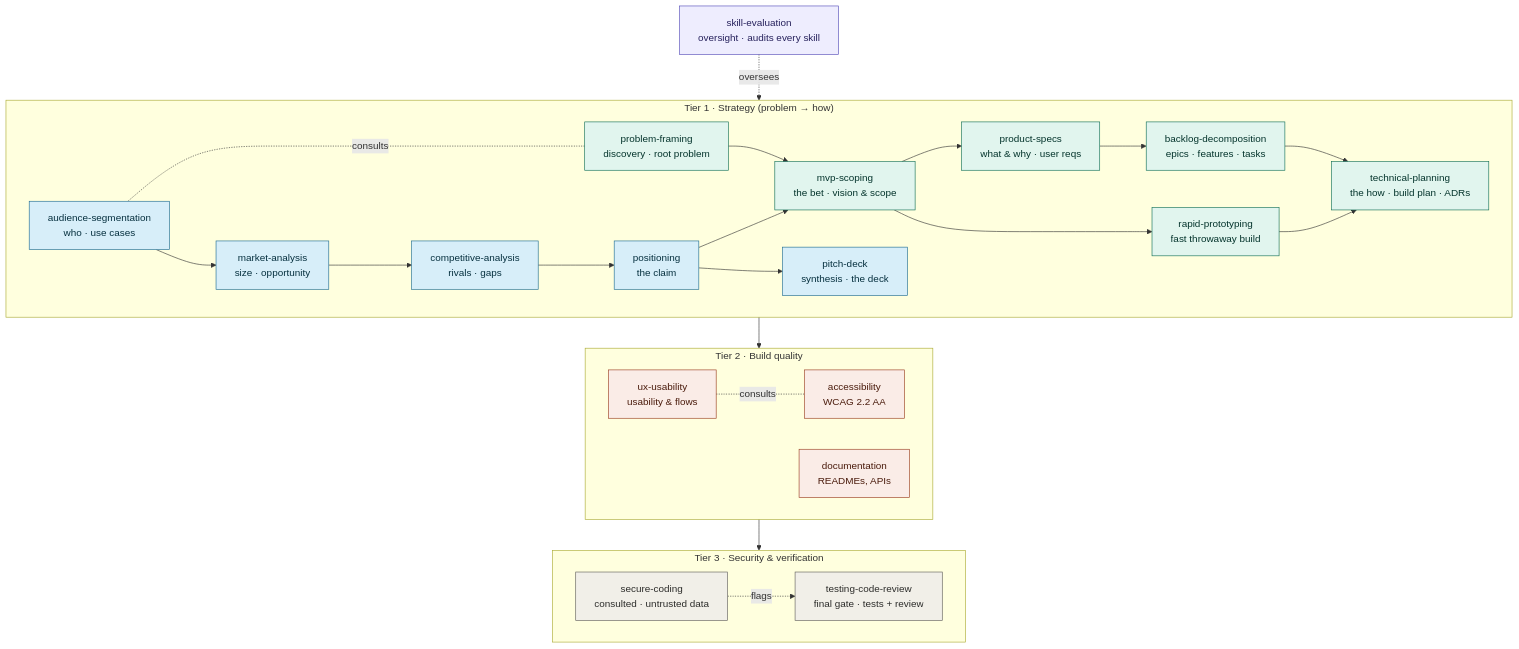
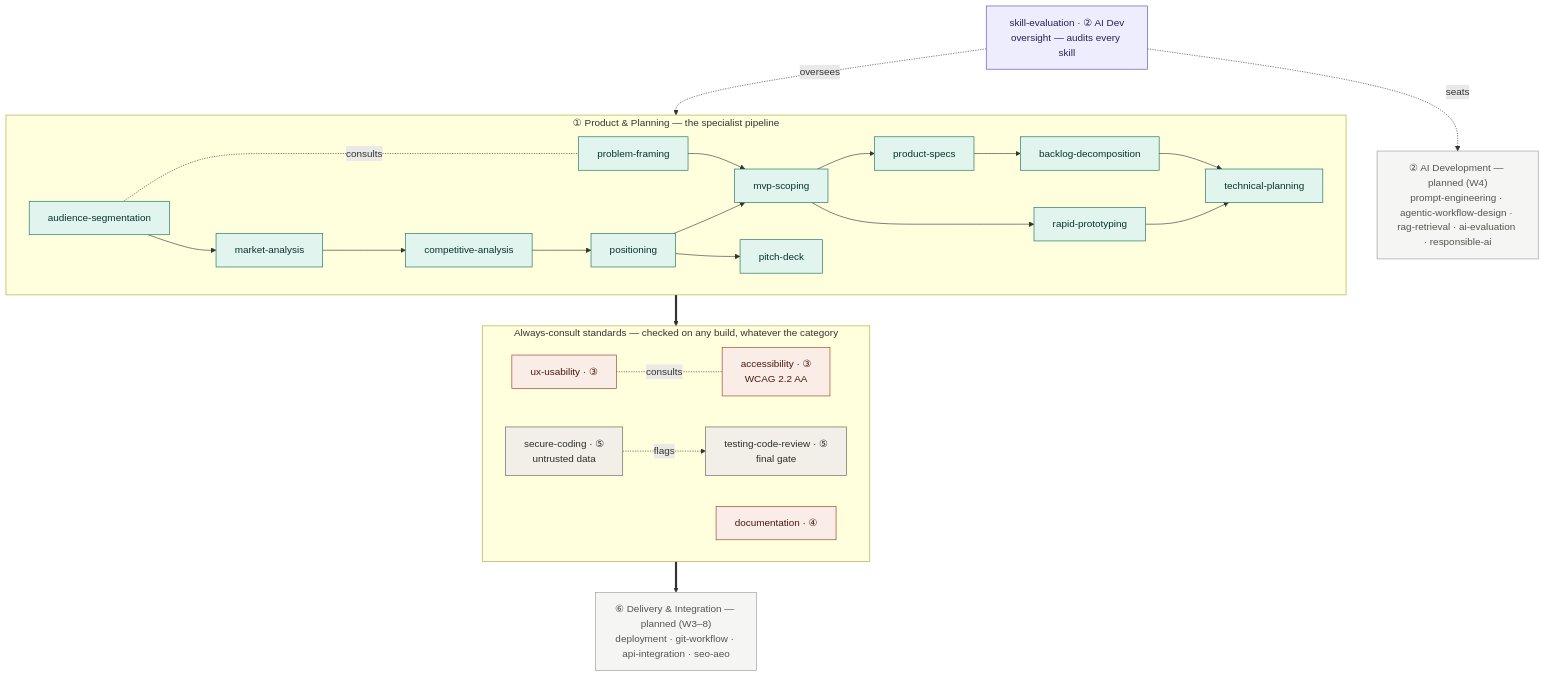
Before and after one commit to ValeriyaMetla/AI-Development-Residency: the diagram in docs/SKILLS-LIBRARY.md, drawn with Mermaid. The commit also changed other lines of this file, not shown here.

````diff
--- a/docs/SKILLS-LIBRARY.md
+++ b/docs/SKILLS-LIBRARY.md
@@ -125,40 +130,40 @@
 ```mermaid
 flowchart TD
-    SE["skill-evaluation<br/>oversight · audits every skill"]
+    SE["skill-evaluation · ② AI Dev<br/>oversight — audits every skill"]
 
-    subgraph S["Tier 1 · Strategy (problem → how)"]
+    subgraph C1["① Product & Planning — the specialist pipeline"]
       direction LR
-      PF["problem-framing<br/>discovery · root problem"] --> MVP["mvp-scoping<br/>the bet · vision & scope"]
-      AS["audience-segmentation<br/>who · use cases"] --> MA["market-analysis<br/>size · opportunity"] --> CA["competitive-analysis<br/>rivals · gaps"] --> POS["positioning<br/>the claim"] --> MVP
-      MVP --> PS["product-specs<br/>what & why · user reqs"] --> BD["backlog-decomposition<br/>epics · features · tasks"] --> TP["technical-planning<br/>the how · build plan · ADRs"]
-      MVP --> RP["rapid-prototyping<br/>fast throwaway build"] --> TP
-      POS --> PD["pitch-deck<br/>synthesis · the deck"]
+      PF["problem-framing"] --> MVP["mvp-scoping"]
+      AS["audience-segmentation"] --> MA["market-analysis"] --> CA["competitive-analysis"] --> POS["positioning"] --> MVP
+      MVP --> PS["product-specs"] --> BD["backlog-decomposition"] --> TP["technical-planning"]
+      MVP --> RP["rapid-prototyping"] --> TP
+      POS --> PD["pitch-deck"]
       AS -. consults .- PF
     end
 
-    subgraph B["Tier 2 · Build quality"]
+    subgraph XC["Always-consult standards — checked on any build, whatever the category"]
       direction LR
-      UX["ux-usability<br/>usability & flows"] -. consults .- A["accessibility<br/>WCAG 2.2 AA"]
-      D["documentation<br/>READMEs, APIs"]
+      UX["ux-usability · ③"] -. consults .- A11Y["accessibility · ③<br/>WCAG 2.2 AA"]
+      DOC["documentation · ④"]
+      SEC["secure-coding · ⑤<br/>untrusted data"] -. flags .-> TCR["testing-code-review · ⑤<br/>final gate"]
     end
 
-    subgraph G["Tier 3 · Security & verification"]
-      direction LR
-      SEC["secure-coding<br/>consulted · untrusted data"] -. flags .-> TCR["testing-code-review<br/>final gate · tests + review"]
-    end
+    AID["② AI Development — planned (W4)<br/>prompt-engineering · agentic-workflow-design · rag-retrieval · ai-evaluation · responsible-ai"]
+    C6["⑥ Delivery & Integration — planned (W3–8)<br/>deployment · git-workflow · api-integration · seo-aeo"]
 
-    SE -. oversees .-> S
-    TP --> B
-    B --> G
+    SE -. oversees .-> C1
+    TP ==> XC
+    XC ==> C6
+    SE -. seats .-> AID
 
     classDef strat fill:#E1F5EE,stroke:#0F6E56,color:#04342C;
-    classDef disc fill:#D7EEF9,stroke:#1C6A91,color:#06303F;
     classDef build fill:#FAECE7,stroke:#993C1D,color:#4A1B0C;
     classDef gate fill:#F1EFE8,stroke:#5F5E5A,color:#2C2C2A;
     classDef over fill:#EEEDFE,stroke:#534AB7,color:#26215C;
-    class PF,MVP,PS,TP,BD,RP strat;
-    class AS,MA,CA,POS,PD disc;
-    class UX,A,D build;
+    classDef plan fill:#F5F5F3,stroke:#9A9A95,color:#55554F;
+    class PF,MVP,PS,TP,BD,RP,AS,MA,CA,POS,PD strat;
+    class UX,A11Y,DOC build;
     class SEC,TCR gate;
     class SE over;
+    class AID,C6 plan;
 ```
````
